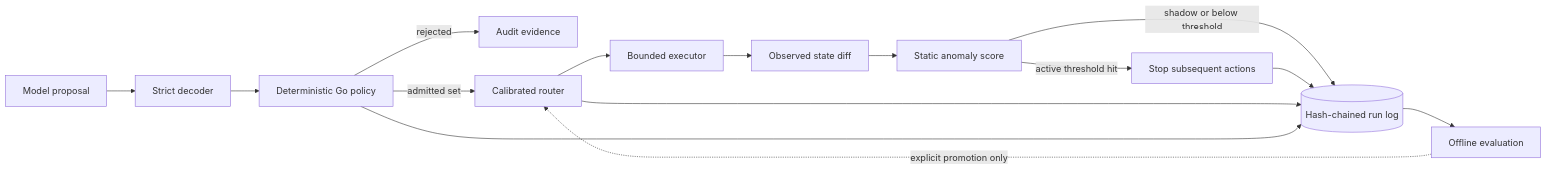
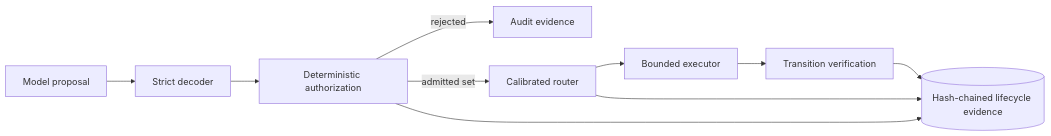
The diagram in README.md (darshgarg7/Bouncer), drawn with Mermaid before and after one commit. The commit also changed other lines of this file and 4 other files, not shown here.

````diff
--- a/README.md
+++ b/README.md
@@ -75,17 +50,12 @@
 ```mermaid
 flowchart LR
     M["Model proposal"] --> D["Strict decoder"]
-    D --> P["Deterministic Go policy"]
+    D --> P["Deterministic authorization"]
     P -->|"rejected"| A["Audit evidence"]
     P -->|"admitted set"| R["Calibrated router"]
     R --> E["Bounded executor"]
-    E --> V["Observed state diff"]
-    V --> N["Static anomaly score"]
-    N -->|"shadow or below threshold"| L[("Hash-chained run log")]
-    N -->|"active threshold hit"| G["Stop subsequent actions"]
-    G --> L
+    E --> V["Transition verification"]
+    V --> L[("Hash-chained lifecycle evidence")]
+    P --> L
     R --> L
-    P --> L
-    L --> O["Offline evaluation"]
-    O -. "explicit promotion only" .-> R
 ```
````
